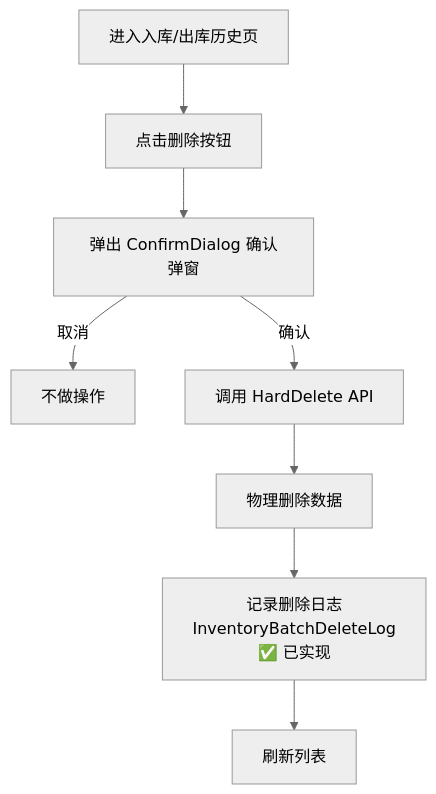
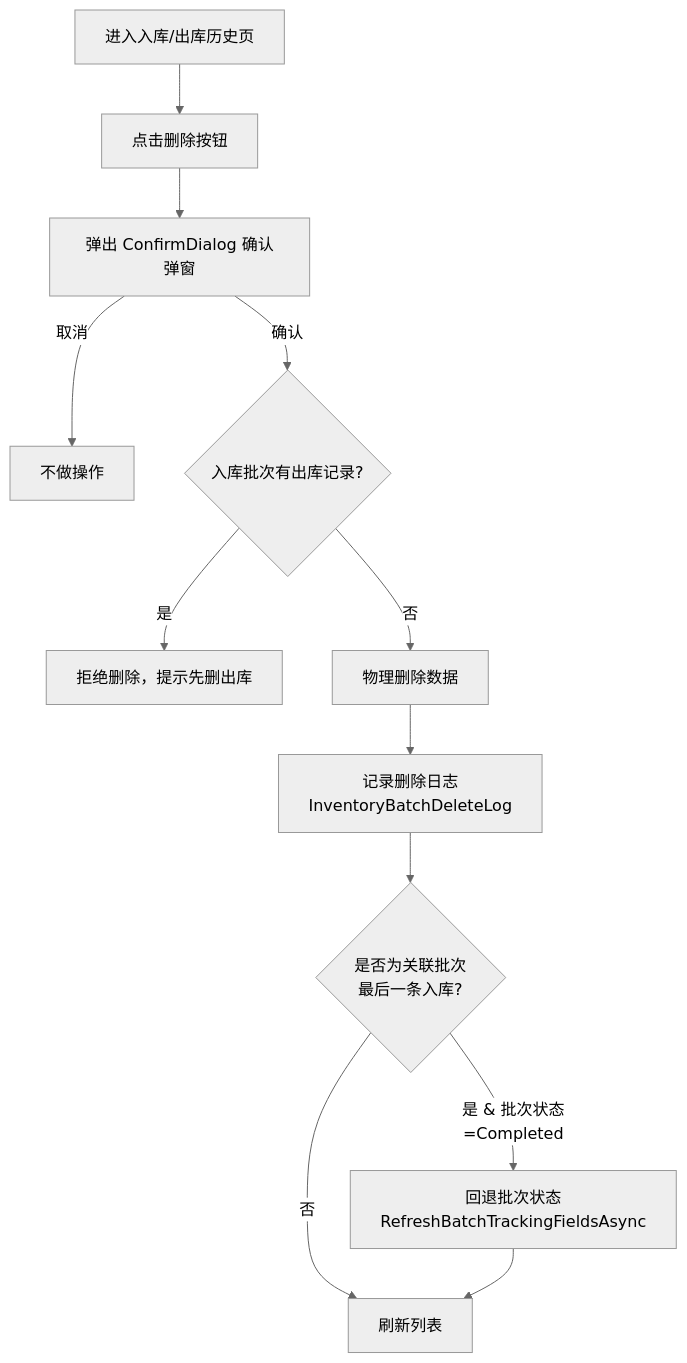
One commit to zhz151/MES changed the third of 4 diagrams in docs/模块设计/仓库模块详细设计.md. Above: the diagram before and after it, drawn with Mermaid (neutral theme). The commit also changed other lines of this file and 215 other files, not shown here.

````diff
--- a/docs/模块设计/仓库模块详细设计.md
+++ b/docs/模块设计/仓库模块详细设计.md
@@ -83,10 +83,14 @@
 ```mermaid
 flowchart TD
     A[进入入库/出库历史页] --> B[点击删除按钮]
     B --> C[弹出 ConfirmDialog 确认弹窗]
     C -->|取消| D[不做操作]
-    C -->|确认| E[调用 HardDelete API]
-    E --> F[物理删除数据]
-    F --> G[记录删除日志<br/>InventoryBatchDeleteLog<br/>✅ 已实现]
-    G --> H[刷新列表]
+    C -->|确认| E{入库批次有出库记录?}
+    E -->|是| F[拒绝删除，提示先删出库]
+    E -->|否| G[物理删除数据]
+    G --> H[记录删除日志<br/>InventoryBatchDeleteLog]
+    H --> I{是否为关联批次<br/>最后一条入库?}
+    I -->|是 & 批次状态=Completed| J[回退批次状态<br/>RefreshBatchTrackingFieldsAsync]
+    I -->|否| K[刷新列表]
+    J --> K
 ```
````
